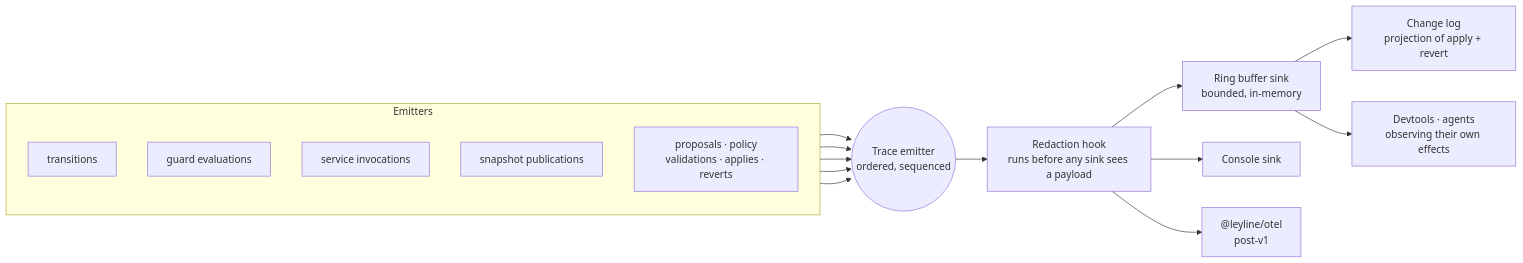
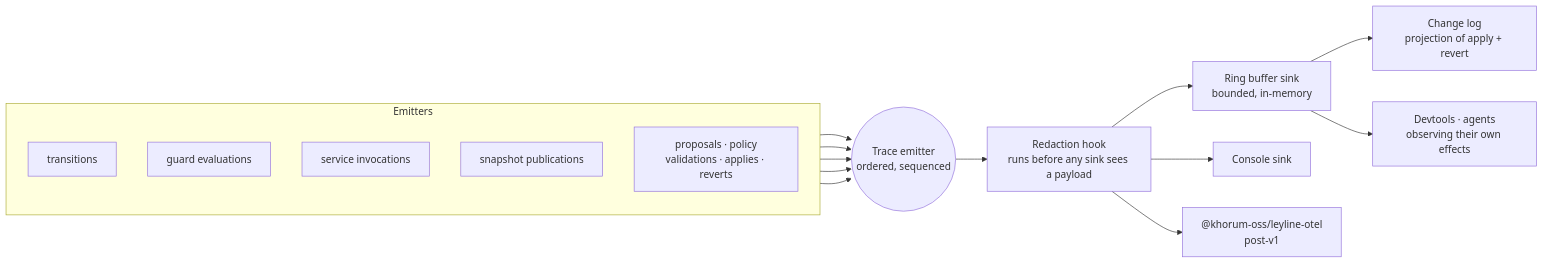
Before and after one commit to khorum-oss/leyline: the fifth of 7 diagrams in docs/architecture.md, drawn with Mermaid. The commit also changed other lines of this file and 143 other files, not shown here.

First line of the commit message:
Publish under the @khorum-oss scope

````diff
--- a/docs/architecture.md
+++ b/docs/architecture.md
@@ -163,31 +163,31 @@
 ```mermaid
 flowchart LR
     subgraph sources["Emitters"]
         direction TB
         TR["transitions"]
         GU["guard evaluations"]
         SV["service invocations"]
         SN["snapshot publications"]
         CPE["proposals · policy<br/>validations · applies · reverts"]
     end
 
     EM(("Trace emitter<br/>ordered, sequenced"))
     RED["Redaction hook<br/>runs before any sink sees a payload"]
     RING["Ring buffer sink<br/>bounded, in-memory"]
     CON["Console sink"]
-    OTEL["@leyline/otel<br/>post-v1"]
+    OTEL["@khorum-oss/leyline-otel<br/>post-v1"]
     LOG["Change log<br/>projection of apply + revert"]
     DEV["Devtools · agents<br/>observing their own effects"]
 
     TR --> EM
     GU --> EM
     SV --> EM
     SN --> EM
     CPE --> EM
     EM --> RED
     RED --> RING
     RED --> CON
     RED --> OTEL
     RING --> LOG
     RING --> DEV
 ```
````
